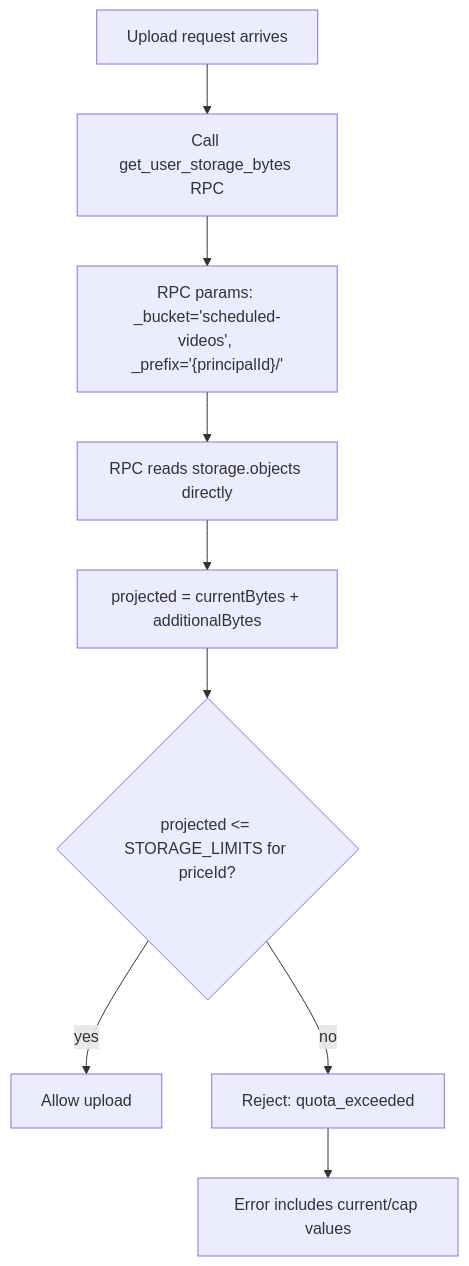
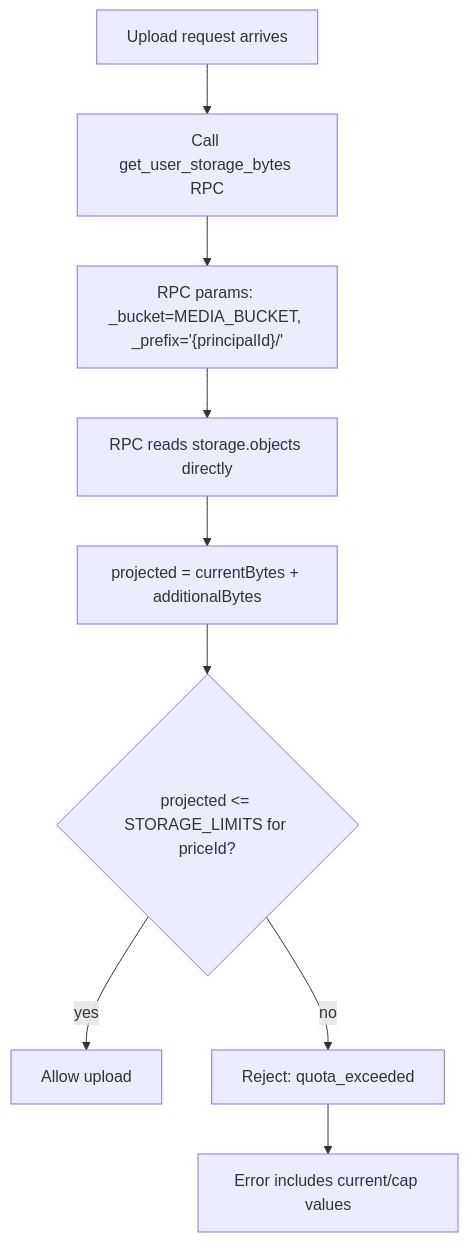
The third of 5 diagrams in docs/STORAGE.md (Andy00L/sharetopus), drawn with Mermaid before and after one commit. The commit also changed other lines of this file and 16 other files, not shown here.

First line of the commit message:
fix(storage): read the media bucket name from one constant

````diff
--- a/docs/STORAGE.md
+++ b/docs/STORAGE.md
@@ -130,11 +130,11 @@
 ```mermaid
 flowchart TD
     A[Upload request arrives] --> B[Call get_user_storage_bytes RPC]
-    B --> C["RPC params: _bucket='scheduled-videos', _prefix='{principalId}/'"]
+    B --> C["RPC params: _bucket=MEDIA_BUCKET, _prefix='{principalId}/'"]
     C --> D[RPC reads storage.objects directly]
     D --> E[projected = currentBytes + additionalBytes]
     E --> F{projected <= STORAGE_LIMITS for priceId?}
     F -- yes --> G[Allow upload]
     F -- no --> H[Reject: quota_exceeded]
     H --> I[Error includes current/cap values]
 ```
````
